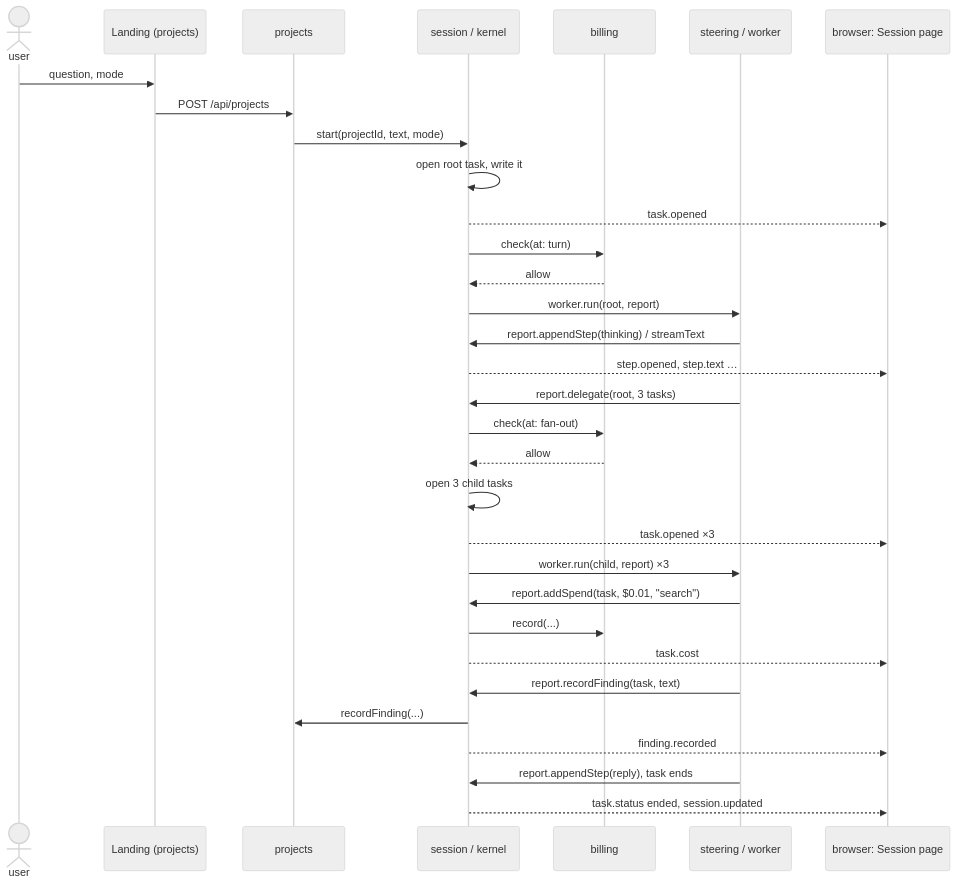
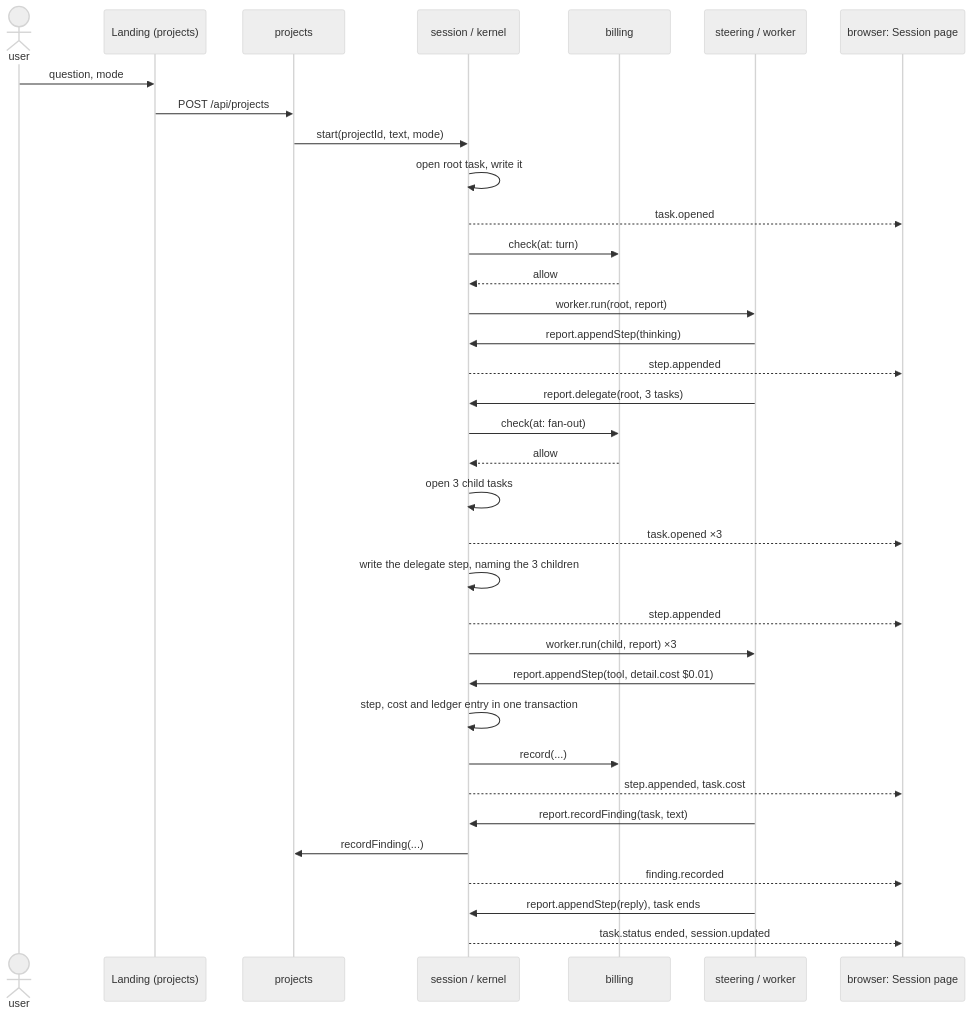
Before and after one commit to ziyangliu-666/lumen-next: the ninth of 15 diagrams in docs/ARCHITECTURE.md, drawn with Mermaid (neutral theme). The commit also changed other lines of this file and 22 other files, not shown here.

First line of the commit message:
fix(session): a step and its charge are one write, and the page is tested

````diff
--- a/docs/ARCHITECTURE.md
+++ b/docs/ARCHITECTURE.md
@@ -535,35 +540,38 @@
 ```mermaid
 sequenceDiagram
   actor U as user
   participant L as Landing (projects)
   participant P as projects
   participant S as session / kernel
   participant M as billing
   participant T as steering / worker
   participant B as browser: Session page
 
   U->>L: question, mode
   L->>P: POST /api/projects
   P->>S: start(projectId, text, mode)
   S->>S: open root task, write it
   S-->>B: task.opened
   S->>M: check(at: turn)
   M-->>S: allow
   S->>T: worker.run(root, report)
-  T->>S: report.appendStep(thinking) / streamText
-  S-->>B: step.opened, step.text …
+  T->>S: report.appendStep(thinking)
+  S-->>B: step.appended
   T->>S: report.delegate(root, 3 tasks)
   S->>M: check(at: fan-out)
   M-->>S: allow
   S->>S: open 3 child tasks
   S-->>B: task.opened ×3
+  S->>S: write the delegate step, naming the 3 children
+  S-->>B: step.appended
   S->>T: worker.run(child, report) ×3
-  T->>S: report.addSpend(task, $0.01, "search")
+  T->>S: report.appendStep(tool, detail.cost $0.01)
+  S->>S: step, cost and ledger entry in one transaction
   S->>M: record(...)
-  S-->>B: task.cost
+  S-->>B: step.appended, task.cost
   T->>S: report.recordFinding(task, text)
   S->>P: recordFinding(...)
   S-->>B: finding.recorded
   T->>S: report.appendStep(reply), task ends
   S-->>B: task.status ended, session.updated
 ```
````
